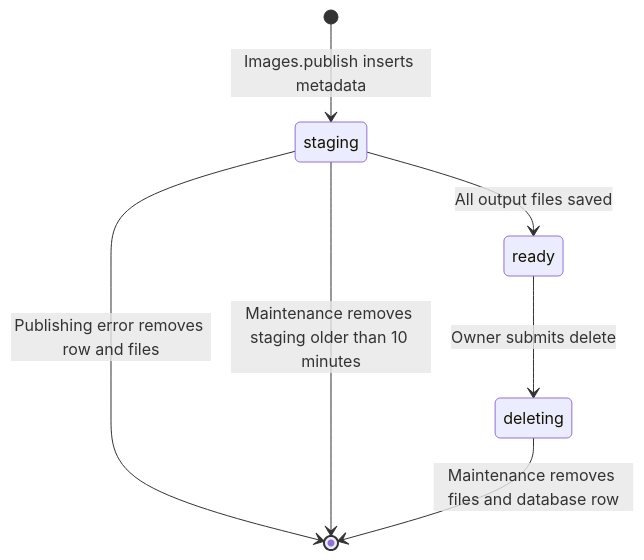
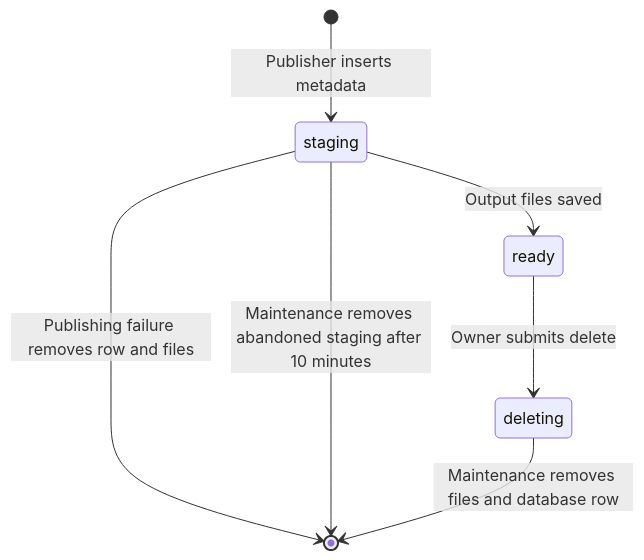
The fourth of 8 diagrams in ARCHITECTURE.md (mtellami/camagru), drawn with Mermaid before and after one commit. The commit also changed other lines of this file and 53 other files, not shown here.

````diff
--- a/ARCHITECTURE.md
+++ b/ARCHITECTURE.md
@@ -180,9 +201,9 @@
 ```mermaid
 stateDiagram-v2
-    [*] --> staging: Images.publish inserts metadata
-    staging --> ready: All output files saved
-    staging --> [*]: Publishing error removes row and files
-    staging --> [*]: Maintenance removes staging older than 10 minutes
+    [*] --> staging: Publisher inserts metadata
+    staging --> ready: Output files saved
+    staging --> [*]: Publishing failure removes row and files
+    staging --> [*]: Maintenance removes abandoned staging after 10 minutes
     ready --> deleting: Owner submits delete
     deleting --> [*]: Maintenance removes files and database row
 ```
````
